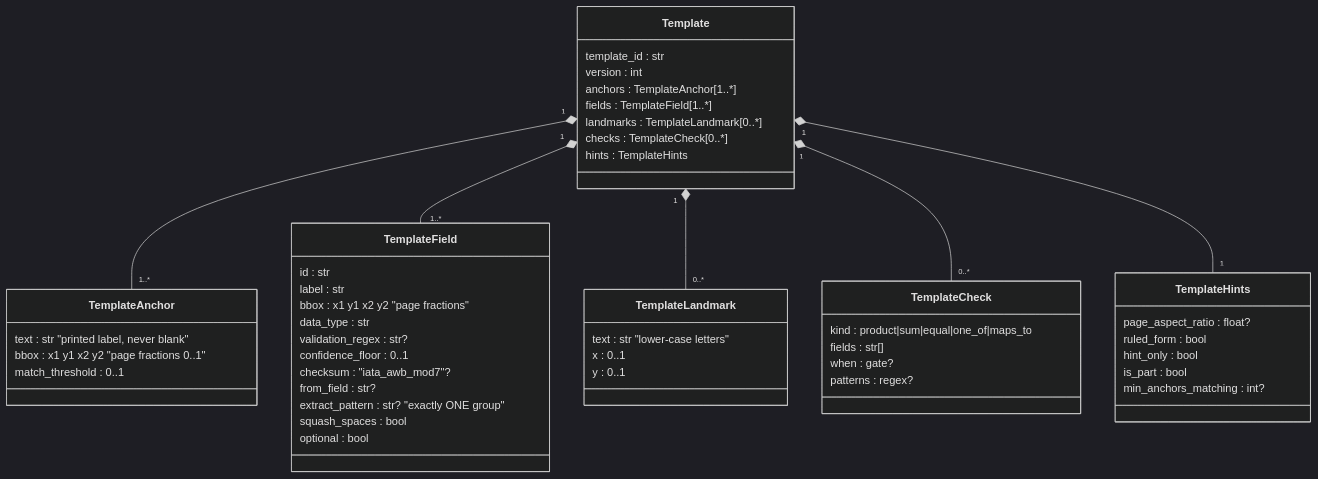
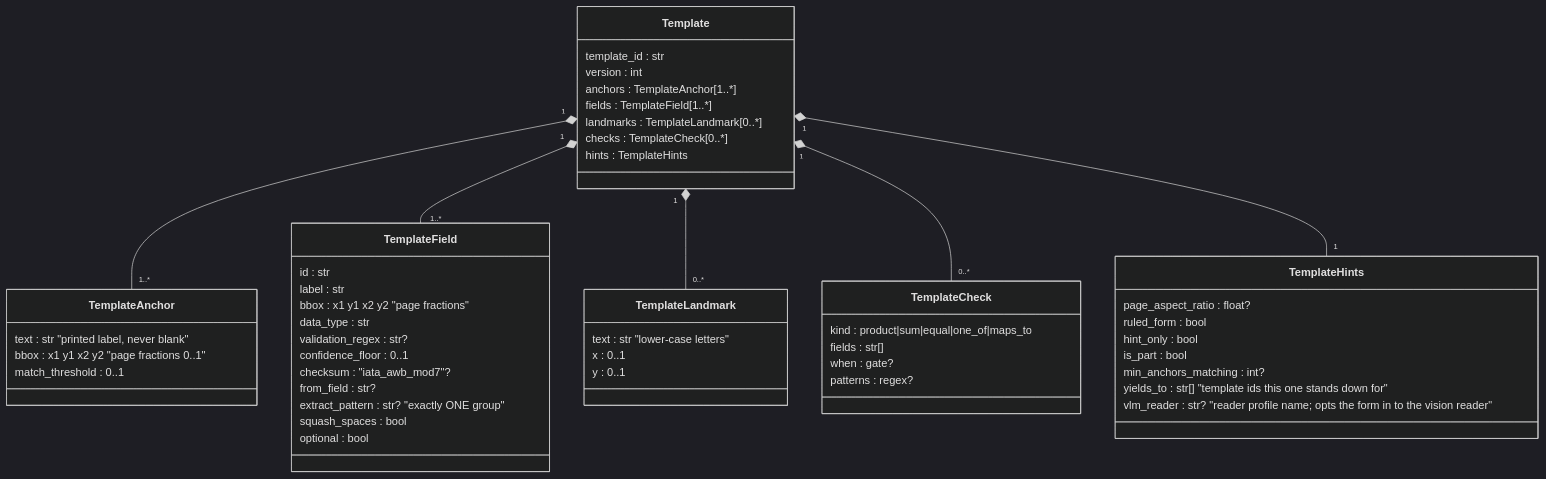
One commit to Megh-1/OCR_Reader changed diagram 13 of 25 in architecture.md. Above: the diagram before and after it, drawn with Mermaid (dark theme). The commit also changed other lines of this file and 3 other files, not shown here.

First line of the commit message:
Bring architecture docs up to date: vision reader, reader engines, measured results, and an HTML generator

````diff
--- a/architecture.md
+++ b/architecture.md
@@ -447,53 +575,55 @@
 ```mermaid
 classDiagram
     class Template {
         template_id : str
         version : int
         anchors : TemplateAnchor[1..*]
         fields : TemplateField[1..*]
         landmarks : TemplateLandmark[0..*]
         checks : TemplateCheck[0..*]
         hints : TemplateHints
     }
     class TemplateAnchor {
         text : str  "printed label, never blank"
         bbox : x1 y1 x2 y2  "page fractions 0..1"
         match_threshold : 0..1
     }
     class TemplateField {
         id : str
         label : str
         bbox : x1 y1 x2 y2  "page fractions"
         data_type : str
         validation_regex : str?
         confidence_floor : 0..1
         checksum : "iata_awb_mod7"?
         from_field : str?
         extract_pattern : str?  "exactly ONE group"
         squash_spaces : bool
         optional : bool
     }
     class TemplateLandmark {
         text : str  "lower-case letters"
         x : 0..1
         y : 0..1
     }
     class TemplateCheck {
         kind : product|sum|equal|one_of|maps_to
         fields : str[]
         when : gate?
         patterns : regex?
     }
     class TemplateHints {
         page_aspect_ratio : float?
         ruled_form : bool
         hint_only : bool
         is_part : bool
         min_anchors_matching : int?
+        yields_to : str[]  "template ids this one stands down for"
+        vlm_reader : str?  "reader profile name; opts the form in to the vision reader"
     }
     Template "1" *-- "1..*" TemplateAnchor
     Template "1" *-- "1..*" TemplateField
     Template "1" *-- "0..*" TemplateLandmark
     Template "1" *-- "0..*" TemplateCheck
     Template "1" *-- "1" TemplateHints
 ```
````
